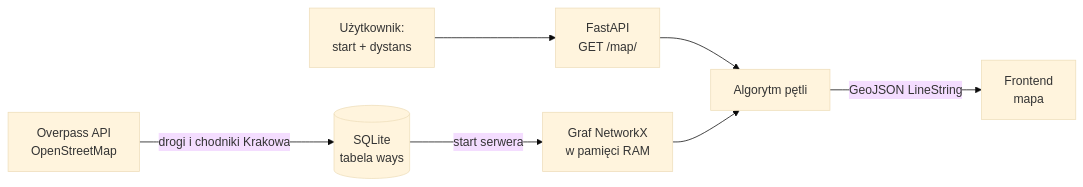
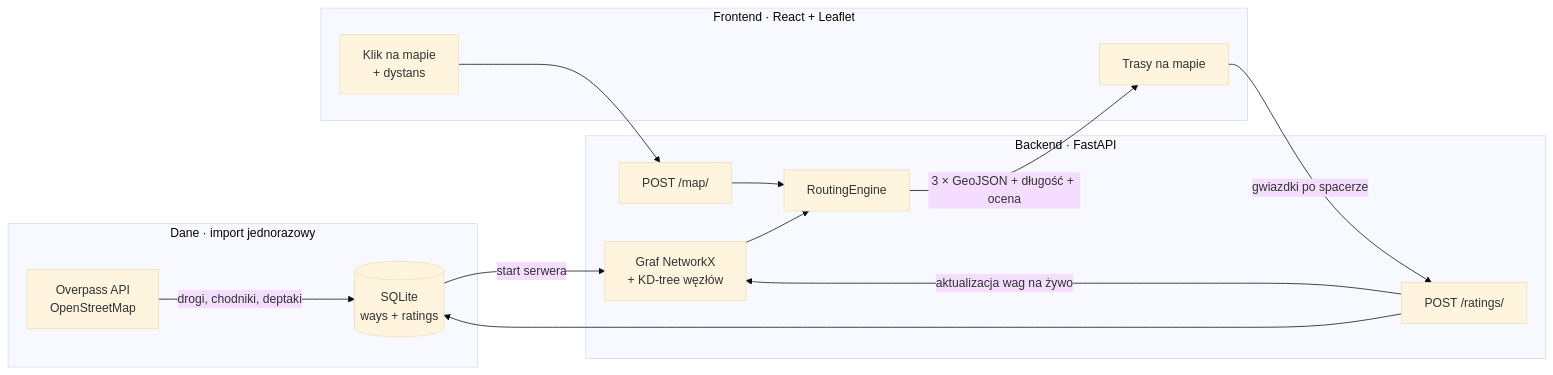
Before and after one commit to Paweue32/HackYeah2026: the first of 2 diagrams in README.md, drawn with Mermaid (base theme). The commit also changed other lines of this file, not shown here.

````diff
--- a/README.md
+++ b/README.md
@@ -57,9 +61,18 @@
 ```mermaid
 flowchart LR
-    A[Overpass API<br/>OpenStreetMap] -->|drogi i chodniki Krakowa| B[(SQLite<br/>tabela ways)]
-    B -->|start serwera| C[Graf NetworkX<br/>w pamięci RAM]
-    U[Użytkownik:<br/>start + dystans] --> D[FastAPI<br/>GET /map/]
-    D --> E[Algorytm pętli]
-    C --> E
-    E -->|GeoJSON LineString| F[Frontend<br/>mapa]
+    subgraph Dane [Dane · import jednorazowy]
+        A[Overpass API<br/>OpenStreetMap] -->|drogi, chodniki, deptaki| B[(SQLite<br/>ways + ratings)]
+    end
+    subgraph Backend [Backend · FastAPI]
+        B -->|start serwera| C[Graf NetworkX<br/>+ KD-tree węzłów]
+        D["POST /map/"] --> E[RoutingEngine]
+        C --> E
+        R["POST /ratings/"] -->|aktualizacja wag na żywo| C
+        R --> B
+    end
+    subgraph Frontend [Frontend · React + Leaflet]
+        U[Klik na mapie<br/>+ dystans] --> D
+        E -->|3 × GeoJSON + długość + ocena| F[Trasy na mapie]
+        F -->|gwiazdki po spacerze| R
+    end
 ```
````
